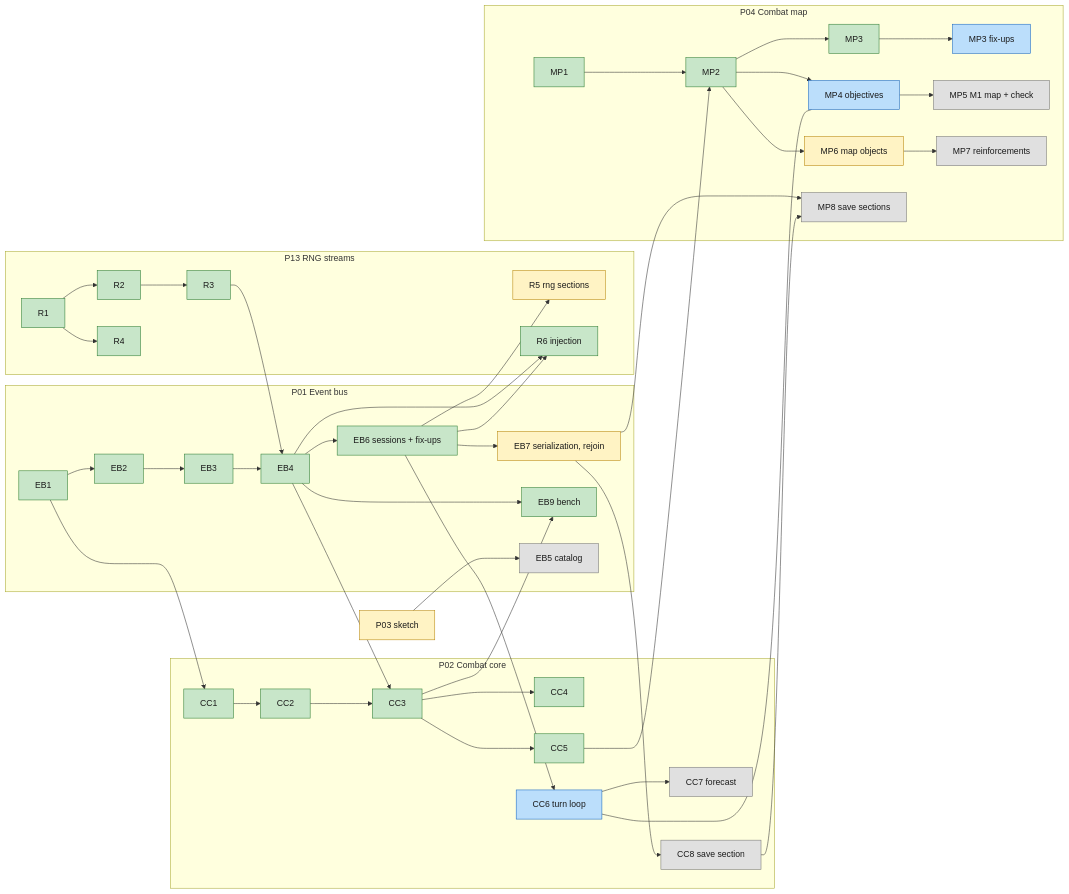
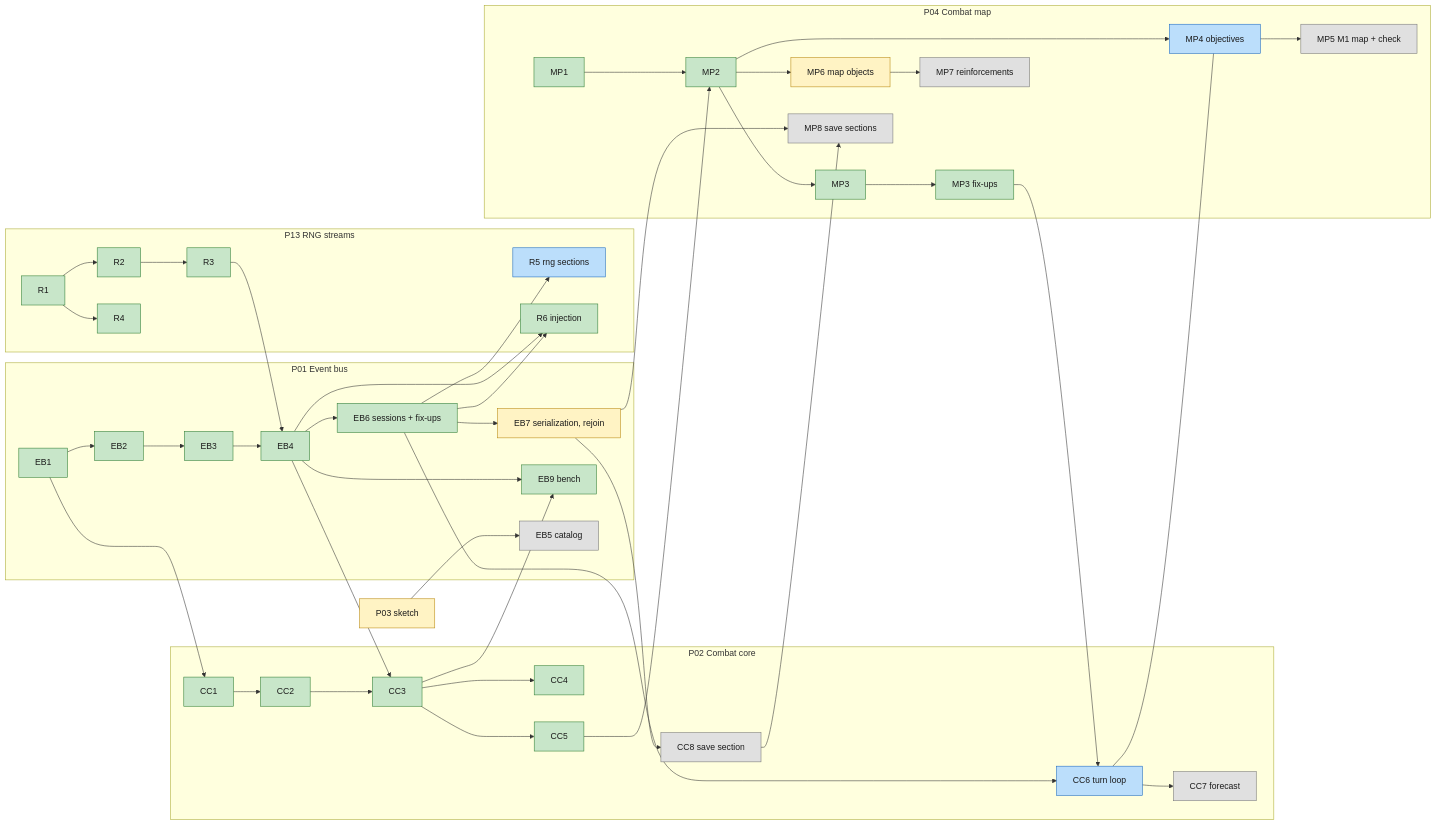
One commit to DevinHMurphy/bandit-bash changed the second of 2 diagrams in docs/plans/game-orchestrator.md. Above: the diagram before and after it, drawn with Mermaid. The commit also changed other lines of this file, not shown here.

````diff
--- a/docs/plans/game-orchestrator.md
+++ b/docs/plans/game-orchestrator.md
@@ -166,57 +166,58 @@
 ```mermaid
 flowchart LR
   subgraph P13[P13 RNG streams]
     R1 --> R2 --> R3
     R1 --> R4
     R5[R5 rng sections]
     R6[R6 injection]
   end
   subgraph P01[P01 Event bus]
     EB1 --> EB2 --> EB3 --> EB4
     EB4 --> EB6[EB6 sessions + fix-ups]
     EB6 --> EB7[EB7 serialization, rejoin]
     EB4 --> EB9[EB9 bench]
     EB5[EB5 catalog]
   end
   subgraph P02[P02 Combat core]
     CC1 --> CC2 --> CC3
     CC3 --> CC4
     CC3 --> CC5
     CC6[CC6 turn loop]
     CC7[CC7 forecast]
     CC8[CC8 save section]
     CC6 --> CC7
   end
   subgraph P04[P04 Combat map]
     MP1 --> MP2 --> MP3
     MP3 --> MP3F[MP3 fix-ups]
+    MP3F --> CC6
     MP2 --> MP4[MP4 objectives]
     MP4 --> MP5[MP5 M1 map + check]
     MP2 --> MP6[MP6 map objects]
     MP6 --> MP7[MP7 reinforcements]
     MP8[MP8 save sections]
   end
   P03S[P03 sketch] --> EB5
   R3 --> EB4
   EB1 --> CC1
   EB4 --> CC3
   CC3 --> EB9
   CC5 --> MP2
   EB6 --> CC6
   CC6 --- MP4
   EB6 --> R5
   EB4 --> R6
   EB6 --> R6
   EB7 --> CC8
   EB7 --> MP8
   CC8 --> MP8
 
   classDef done fill:#c8e6c9,stroke:#2e7d32,color:#1b1b1b
   classDef active fill:#bbdefb,stroke:#1565c0,color:#1b1b1b
   classDef ready fill:#fff3c4,stroke:#b8860b,color:#1b1b1b
   classDef waiting fill:#e0e0e0,stroke:#757575,color:#1b1b1b
-  class R1,R2,R3,R4,R6,EB1,EB2,EB3,EB4,EB6,EB9,CC1,CC2,CC3,CC4,CC5,MP1,MP2,MP3 done
-  class CC6,MP3F,MP4 active
-  class R5,EB7,MP6,P03S ready
+  class R1,R2,R3,R4,R6,EB1,EB2,EB3,EB4,EB6,EB9,CC1,CC2,CC3,CC4,CC5,MP1,MP2,MP3,MP3F done
+  class CC6,MP4,R5 active
+  class EB7,MP6,P03S ready
   class EB5,CC7,CC8,MP5,MP7,MP8 waiting
 ```
````
